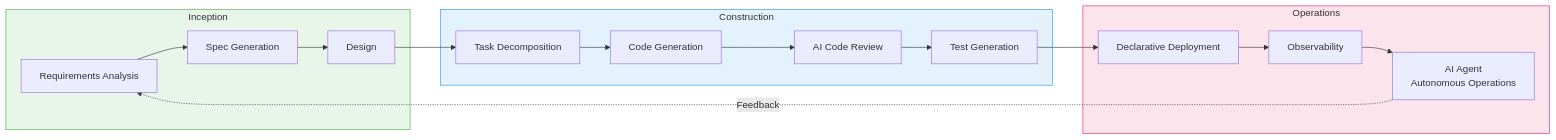
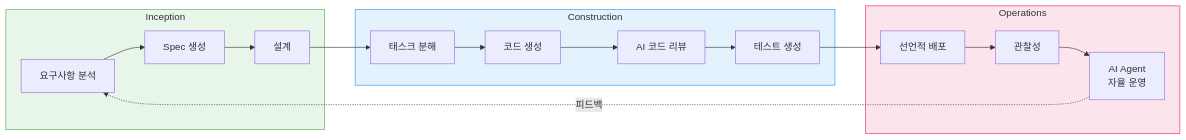
The first of 8 diagrams in i18n/en/docusaurus-plugin-content-docs/current/aidlc/aidlc-framework.md (devfloor9/engineering-playbook), drawn with Mermaid before and after one commit. The commit also changed other lines of this file and 95 other files, not shown here.

````diff
--- a/i18n/en/docusaurus-plugin-content-docs/current/aidlc/aidlc-framework.md
+++ b/i18n/en/docusaurus-plugin-content-docs/current/aidlc/aidlc-framework.md
@@ -142,31 +138,31 @@
 ```mermaid
 graph LR
-    subgraph Inception["Inception"]
-        REQ["Requirements Analysis"]
-        SPEC["Spec Generation"]
-        DESIGN["Design"]
-    end
+ subgraph Inception["Inception"]
+ REQ["요구사항 분석"]
+ SPEC["Spec 생성"]
+ DESIGN["설계"]
+ end
 
-    subgraph Construction["Construction"]
-        TASKS["Task Decomposition"]
-        CODE["Code Generation"]
-        REVIEW["AI Code Review"]
-        TEST["Test Generation"]
-    end
+ subgraph Construction["Construction"]
+ TASKS["태스크 분해"]
+ CODE["코드 생성"]
+ REVIEW["AI 코드 리뷰"]
+ TEST["테스트 생성"]
+ end
 
-    subgraph Operations["Operations"]
-        DEPLOY["Declarative Deployment"]
-        OBSERVE["Observability"]
-        AGENT["AI Agent<br/>Autonomous Operations"]
-    end
+ subgraph Operations["Operations"]
+ DEPLOY["선언적 배포"]
+ OBSERVE["관찰성"]
+ AGENT["AI Agent<br/>자율 운영"]
+ end
 
-    REQ --> SPEC --> DESIGN --> TASKS
-    TASKS --> CODE --> REVIEW --> TEST
-    TEST --> DEPLOY --> OBSERVE --> AGENT
+ REQ --> SPEC --> DESIGN --> TASKS
+ TASKS --> CODE --> REVIEW --> TEST
+ TEST --> DEPLOY --> OBSERVE --> AGENT
 
-    AGENT -.->|Feedback| REQ
+ AGENT -.->|피드백| REQ
 
-    style Inception fill:#e8f5e9,stroke:#4caf50
-    style Construction fill:#e3f2fd,stroke:#2196f3
-    style Operations fill:#fce4ec,stroke:#e91e63
+ style Inception fill:#e8f5e9,stroke:#4caf50
+ style Construction fill:#e3f2fd,stroke:#2196f3
+ style Operations fill:#fce4ec,stroke:#e91e63
 ```
````
